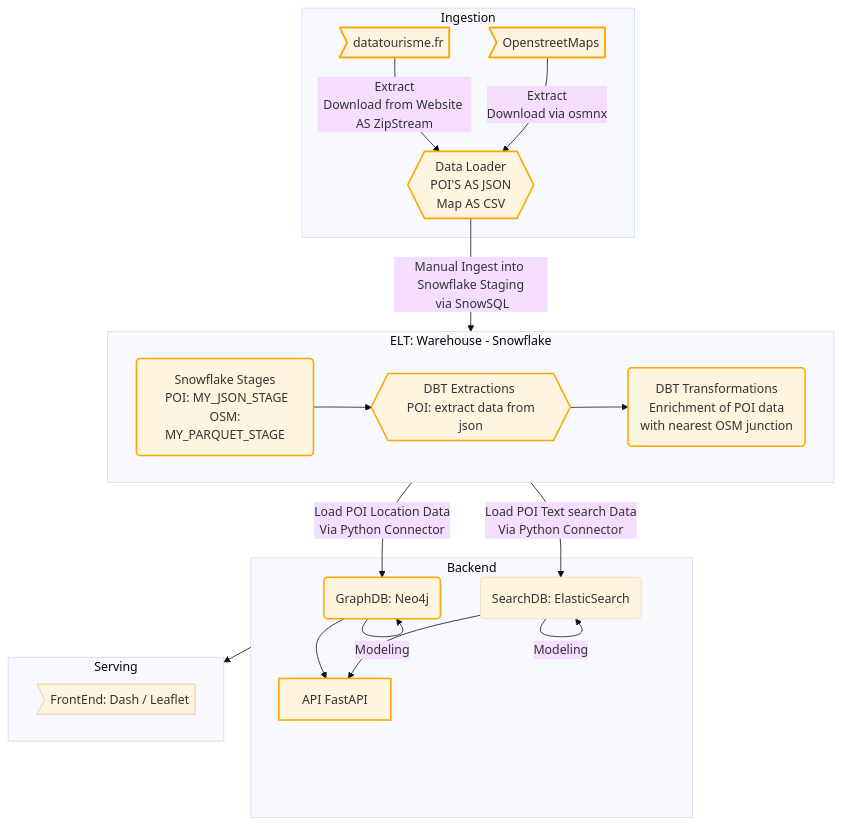
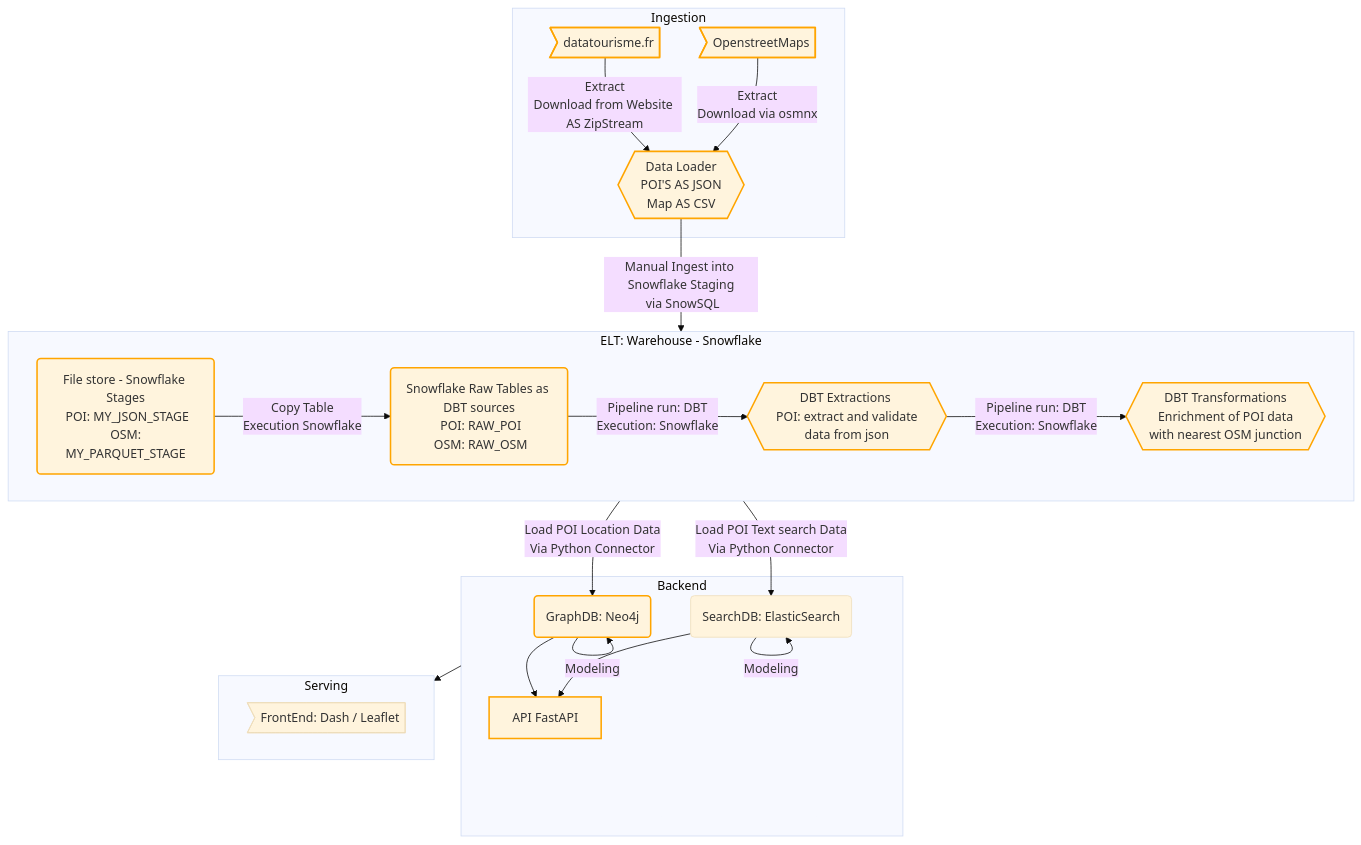
The diagram in README.md (MatthausHaberkorn/de_dbtsnow_poi), drawn with Mermaid (base theme) before and after one commit.

Commit message:
refactored warehouse workflow chart

````diff
--- a/README.md
+++ b/README.md
@@ -136,32 +136,32 @@
 ```mermaid
 flowchart TB
     subgraph  id10 [Ingestion]
-    id1>datatourisme.fr]-- Extract\nDownload from Website AS ZipStream --> id2{{Data Loader\nPOI'S AS JSON \n Map AS CSV}}
-    id3>OpenstreetMaps]-- Extract\n Download via osmnx -->id2
+        id1>datatourisme.fr]-- Extract\nDownload from Website AS ZipStream --> id2{{Data Loader\nPOI'S AS JSON \n Map AS CSV}}
+        id3>OpenstreetMaps]-- Extract\n Download via osmnx -->id2
     end
 
     subgraph id14 [ELT: Warehouse - Snowflake]
-    id21(Snowflake Stages\n POI: MY_JSON_STAGE\n OSM: MY_PARQUET_STAGE)-->
-
-    id22{{DBT Extractions \n POI: extract data from json }}-->
-    id23(DBT Transformations\n Enrichment of POI data with nearest OSM junction)
+        id21(File store - Snowflake Stages\n POI: MY_JSON_STAGE\n OSM: MY_PARQUET_STAGE)--Copy Table\nExecution Snowflake-->
+        id31(Snowflake Raw Tables as DBT sources\n POI: RAW_POI\n OSM: RAW_OSM)--Pipeline run: DBT\n Execution: Snowflake  -->
+        id22{{DBT Extractions \n POI: extract and validate data from json }}--Pipeline run: DBT\n Execution: Snowflake  -->
+        id23{{DBT Transformations\n Enrichment of POI data with nearest OSM junction}}
     end
 
     id2 -- Manual Ingest into Snowflake Staging\n via SnowSQL --> id14
     subgraph id12 [Backend]
-    id6(GraphDB: Neo4j) --> id7[API FastAPI]
-    id8(SearchDB: ElasticSearch) --> id7
+        id6(GraphDB: Neo4j) --> id7[API FastAPI]
+        id8(SearchDB: ElasticSearch) --> id7
     end
 
     id14 -- Load POI Location Data\n Via Python Connector --> id6
     id14 -- Load POI Text search Data\n Via Python Connector  --> id8
     id6 -- Modeling --> id6
     id8 -- Modeling --> id8
     subgraph id13 [Serving]
-    id9>FrontEnd: Dash / Leaflet]
+        id9>FrontEnd: Dash / Leaflet]
     end
     id12 --> id13
 
 classDef myClass stroke:#ffa500,stroke-width:2px;
-class id1,id2,id3,id21,id22,id23,id6,id7 myClass;
+class id1,id2,id3,id21,id22,id23,id6,id7,id31 myClass;
 ```
````
